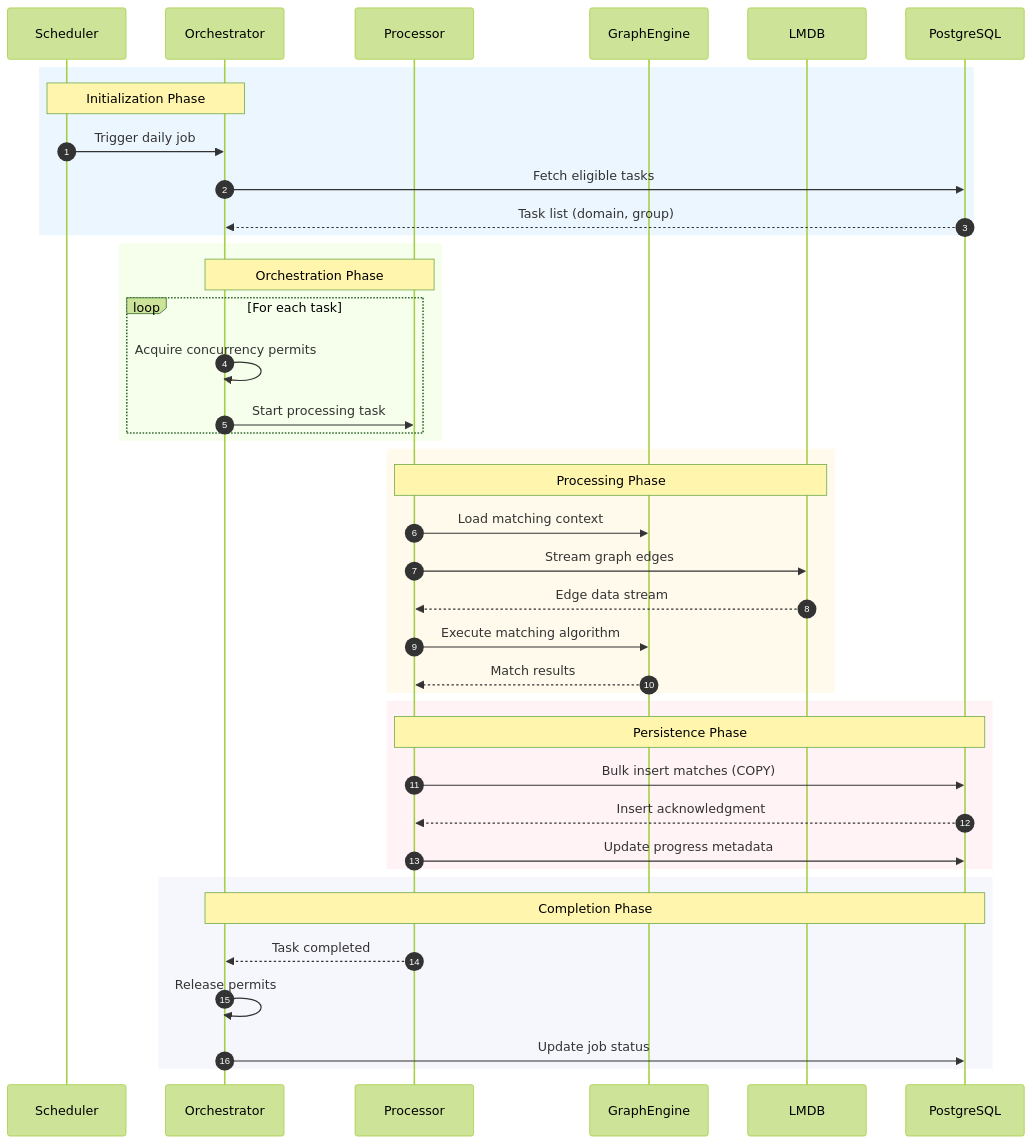
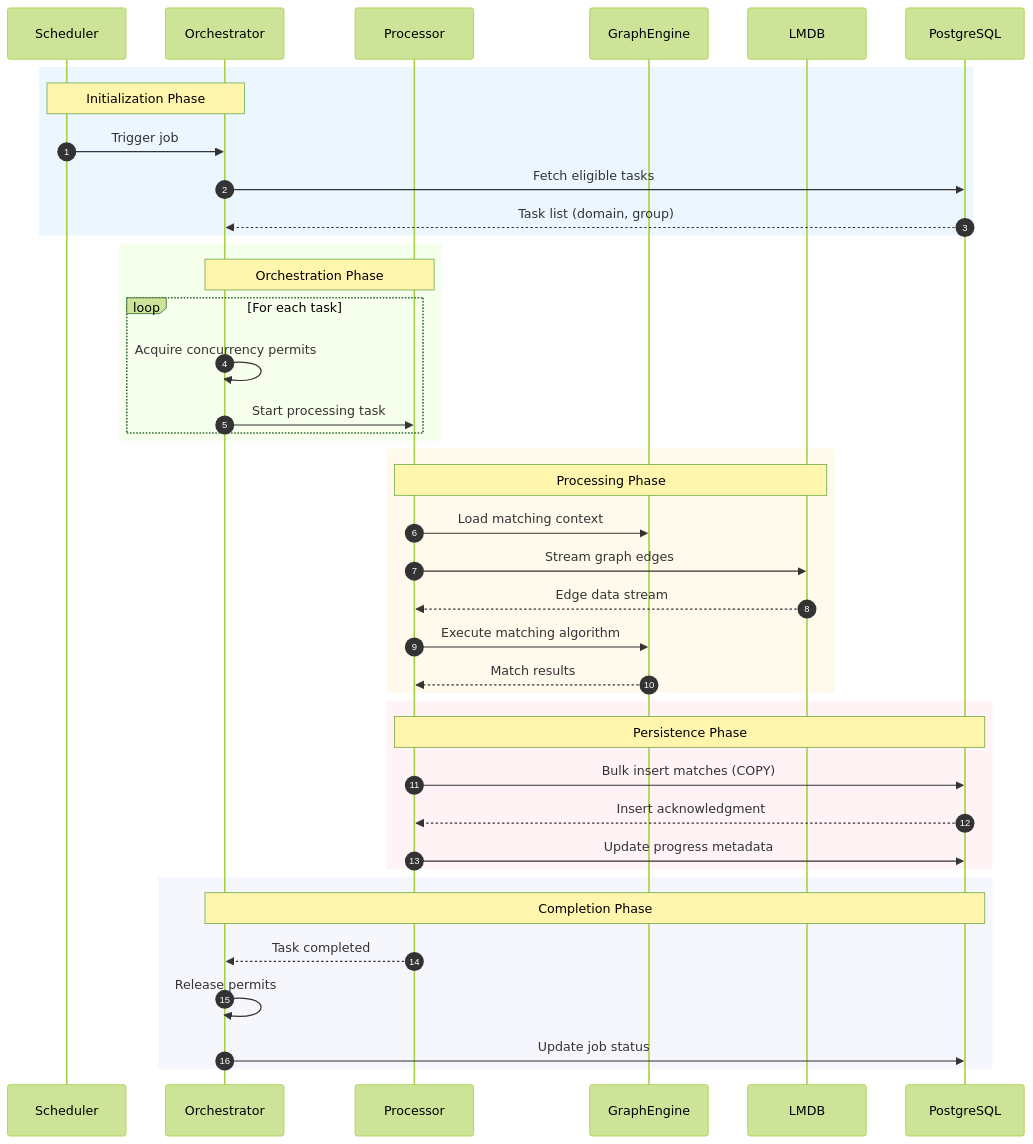
Before and after one commit to kagit00/schedule_x: the third of 8 diagrams in docs/High Level Designs/ScheduledPerfectMatchesCreation.md, drawn with Mermaid (forest theme). The commit also changed other lines of this file and 7 other files, not shown here.

````diff
--- a/docs/High Level Designs/ScheduledPerfectMatchesCreation.md
+++ b/docs/High Level Designs/ScheduledPerfectMatchesCreation.md
@@ -127,50 +123,50 @@
 ```mermaid
 sequenceDiagram
     autonumber
 
     participant S as Scheduler
     participant O as Orchestrator
     participant P as Processor
     participant G as GraphEngine
     participant L as LMDB
     participant D as PostgreSQL
 
     rect rgba(200,230,255,0.35)
         Note over S,O: Initialization Phase
-        S->>O: Trigger daily job
+        S->>O: Trigger job
         O->>D: Fetch eligible tasks
         D-->>O: Task list (domain, group)
     end
 
     rect rgba(230,255,200,0.35)
         Note over O,P: Orchestration Phase
         loop For each task
             O->>O: Acquire concurrency permits
             O->>P: Start processing task
         end
     end
 
     rect rgba(255,240,200,0.35)
         Note over P,L: Processing Phase
         P->>G: Load matching context
         P->>L: Stream graph edges
         L-->>P: Edge data stream
         P->>G: Execute matching algorithm
         G-->>P: Match results
     end
 
     rect rgba(255,220,230,0.35)
         Note over P,D: Persistence Phase
         P->>D: Bulk insert matches (COPY)
         D-->>P: Insert acknowledgment
         P->>D: Update progress metadata
     end
 
     rect rgba(230,230,250,0.35)
         Note over O,D: Completion Phase
         P-->>O: Task completed
         O->>O: Release permits
         O->>D: Update job status
     end
 
 ```
````
